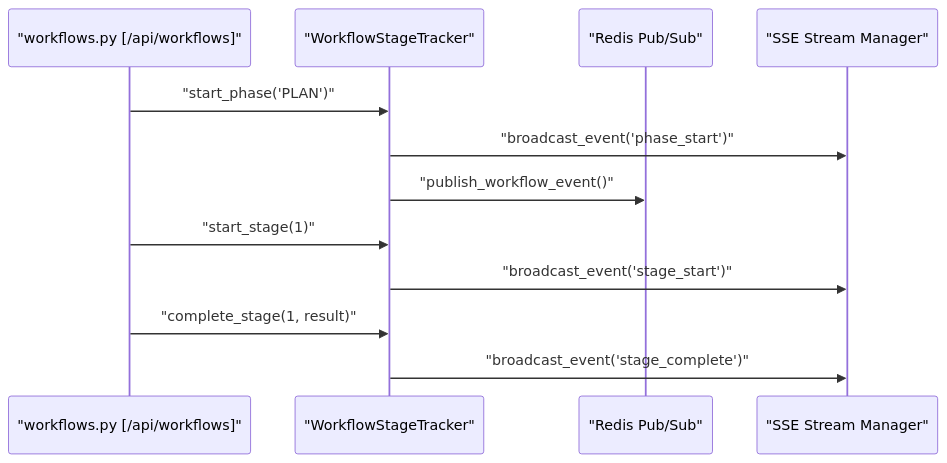
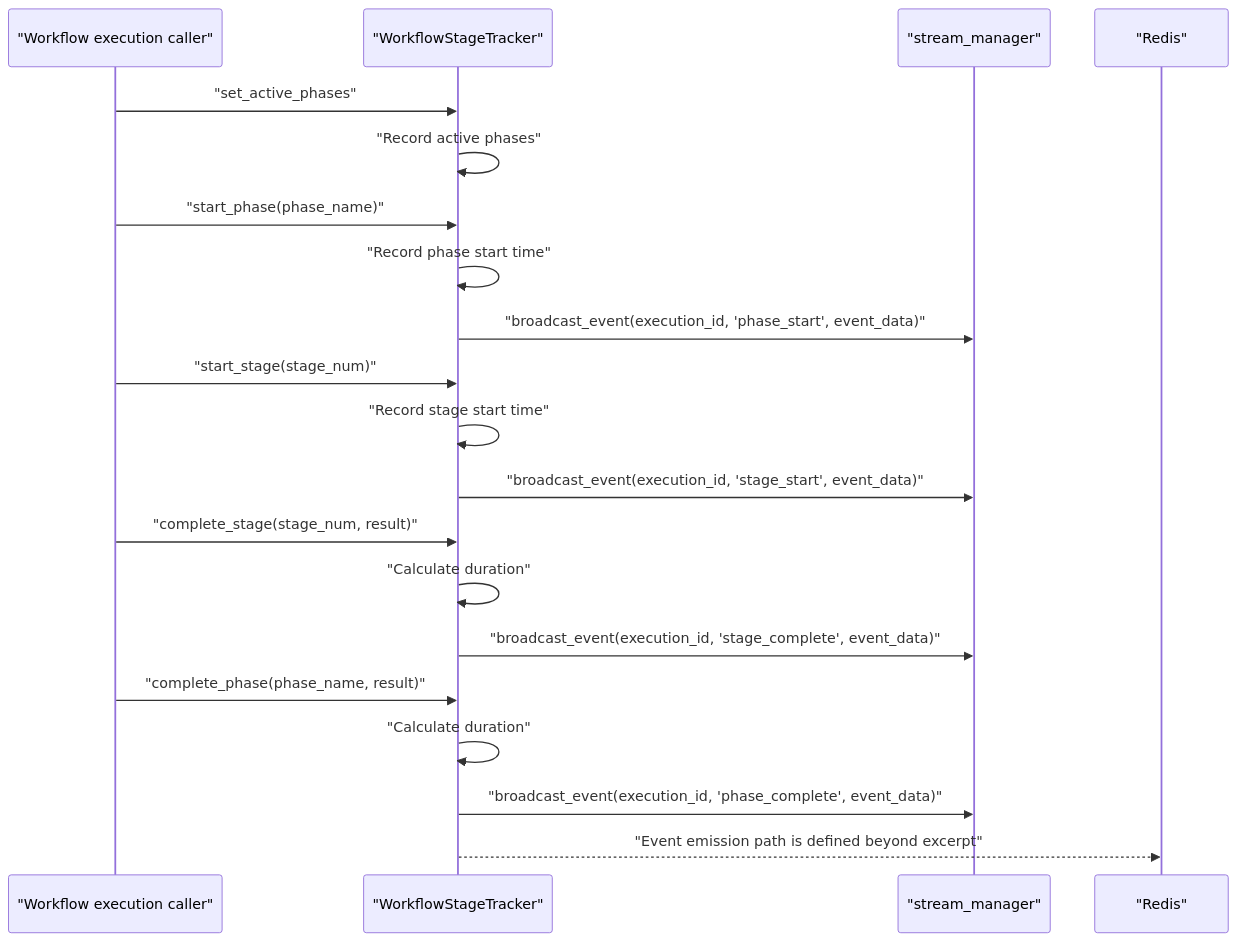
The third of 4 diagrams in docs/workflows-recipes/workflow-api-reference.md (AutomatosAI/automatos-ai), drawn with Mermaid before and after one commit. The commit also changed other lines of this file and 188 other files, not shown here.

First line of the commit message:
docs: refresh architecture docs and add coverage for new subsystems (#1416)

````diff
--- a/docs/workflows-recipes/workflow-api-reference.md
+++ b/docs/workflows-recipes/workflow-api-reference.md
@@ -170,15 +152,23 @@
 ```mermaid
 sequenceDiagram
-    participant API as "workflows.py [/api/workflows]"
+    participant Caller as "Workflow execution caller"
     participant Tracker as "WorkflowStageTracker"
-    participant Redis as "Redis Pub/Sub"
-    participant SSE as "SSE Stream Manager"
-    
-    API->>Tracker: "start_phase('PLAN')"
-    Tracker->>SSE: "broadcast_event('phase_start')"
-    Tracker->>Redis: "publish_workflow_event()"
-    API->>Tracker: "start_stage(1)"
-    Tracker->>SSE: "broadcast_event('stage_start')"
-    API->>Tracker: "complete_stage(1, result)"
-    Tracker->>SSE: "broadcast_event('stage_complete')"
+    participant Stream as "stream_manager"
+    participant Redis as "Redis"
+
+    Caller->>Tracker: "set_active_phases"
+    Tracker->>Tracker: "Record active phases"
+    Caller->>Tracker: "start_phase(phase_name)"
+    Tracker->>Tracker: "Record phase start time"
+    Tracker->>Stream: "broadcast_event(execution_id, 'phase_start', event_data)"
+    Caller->>Tracker: "start_stage(stage_num)"
+    Tracker->>Tracker: "Record stage start time"
+    Tracker->>Stream: "broadcast_event(execution_id, 'stage_start', event_data)"
+    Caller->>Tracker: "complete_stage(stage_num, result)"
+    Tracker->>Tracker: "Calculate duration"
+    Tracker->>Stream: "broadcast_event(execution_id, 'stage_complete', event_data)"
+    Caller->>Tracker: "complete_phase(phase_name, result)"
+    Tracker->>Tracker: "Calculate duration"
+    Tracker->>Stream: "broadcast_event(execution_id, 'phase_complete', event_data)"
+    Tracker-->>Redis: "Event emission path is defined beyond excerpt"
 ```
````
